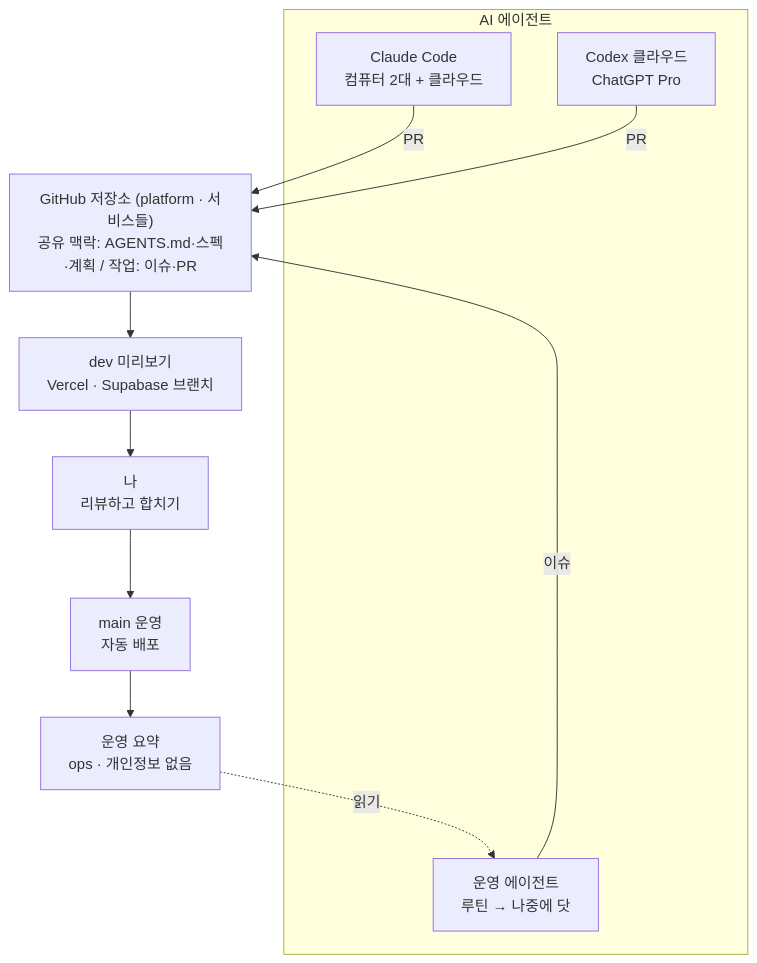
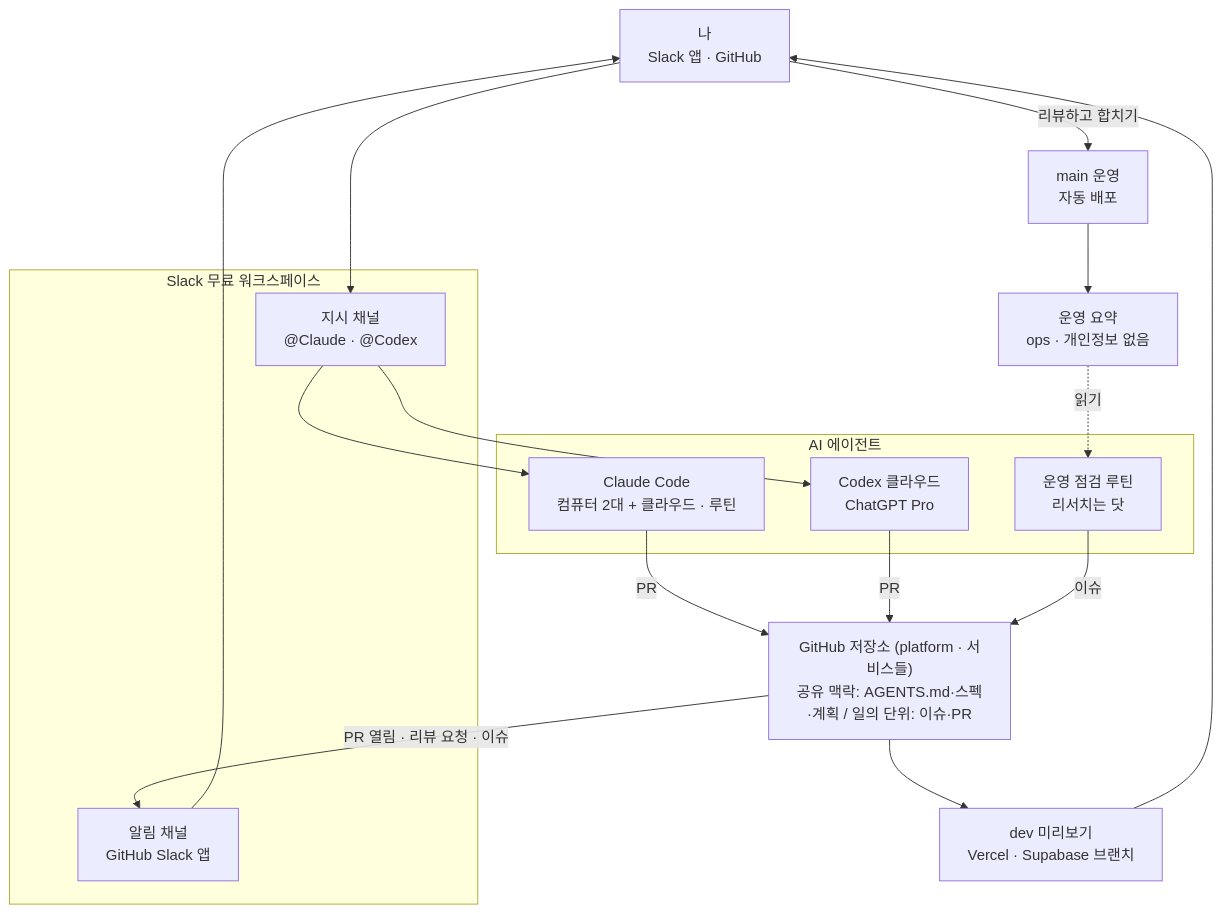
One commit to geonhee-lee0912/prologue changed the third of 3 diagrams in docs/superpowers/specs/2026-10-15-멀티서비스-플랫폼-design.md. Above: the diagram before and after it, drawn with Mermaid. The commit also changed other lines of this file, not shown here.

First line of the commit message:
docs: 멀티 서비스 플랫폼 스펙 v0.3 — 지시·알림은 Slack 하나로, 에이전트끼리 일 넘기기, 트리거 표를 2026-10-17 문서로

````diff
--- a/docs/superpowers/specs/2026-10-15-멀티서비스-플랫폼-design.md
+++ b/docs/superpowers/specs/2026-10-15-멀티서비스-플랫폼-design.md
@@ -212,16 +214,27 @@
 ```mermaid
 flowchart TB
+  ME["나<br/>Slack 앱 · GitHub"]
+  subgraph SL["Slack 무료 워크스페이스"]
+    CMD["지시 채널<br/>@Claude · @Codex"]
+    NTF["알림 채널<br/>GitHub Slack 앱"]
+  end
   subgraph AG["AI 에이전트"]
-    CC["Claude Code<br/>컴퓨터 2대 + 클라우드"]
+    CC["Claude Code<br/>컴퓨터 2대 + 클라우드 · 루틴"]
     CX["Codex 클라우드<br/>ChatGPT Pro"]
-    OP["운영 에이전트<br/>루틴 → 나중에 닷"]
+    OP["운영 점검 루틴<br/>리서치는 닷"]
   end
+  ME --> CMD
+  CMD --> CC
+  CMD --> CX
   CC -->|PR| GH
   CX -->|PR| GH
   OP -->|이슈| GH
-  GH["GitHub 저장소 (platform · 서비스들)<br/>공유 맥락: AGENTS.md·스펙·계획 / 작업: 이슈·PR"] --> DEV["dev 미리보기<br/>Vercel · Supabase 브랜치"]
-  DEV --> ME["나<br/>리뷰하고 합치기"]
-  ME --> MAIN["main 운영<br/>자동 배포"]
+  GH["GitHub 저장소 (platform · 서비스들)<br/>공유 맥락: AGENTS.md·스펙·계획 / 일의 단위: 이슈·PR"]
+  GH -->|PR 열림 · 리뷰 요청 · 이슈| NTF
+  NTF --> ME
+  GH --> DEV["dev 미리보기<br/>Vercel · Supabase 브랜치"]
+  DEV --> ME
+  ME -->|리뷰하고 합치기| MAIN["main 운영<br/>자동 배포"]
   MAIN --> OS["운영 요약<br/>ops · 개인정보 없음"]
   OS -.->|읽기| OP
 ```
````
